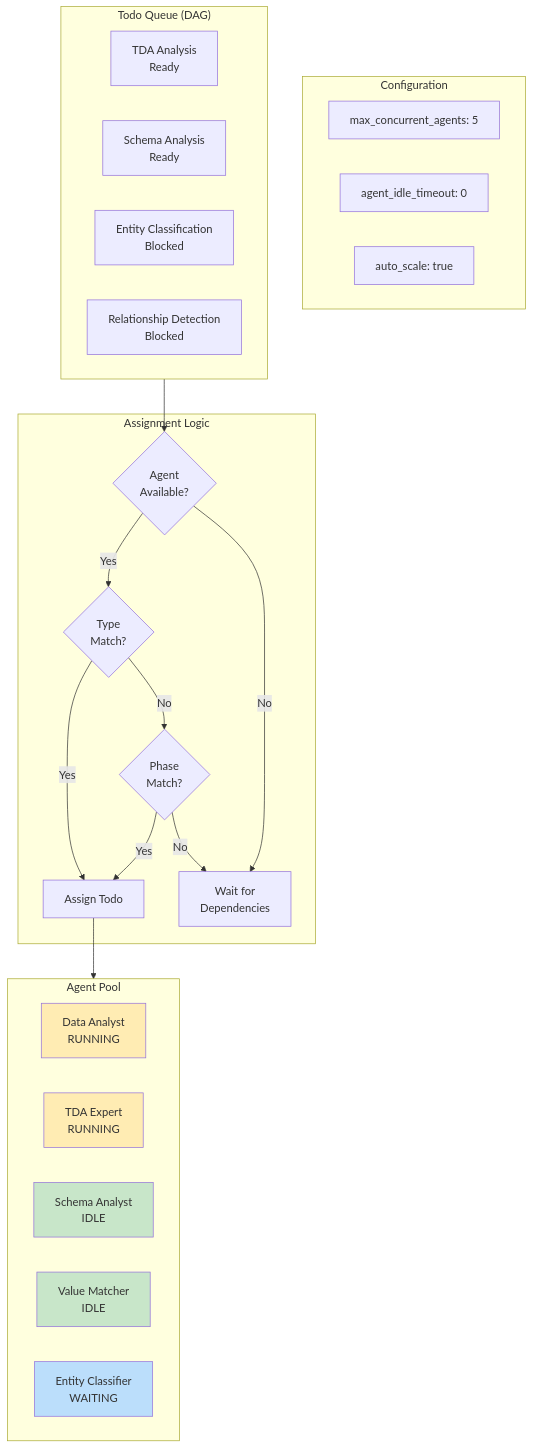
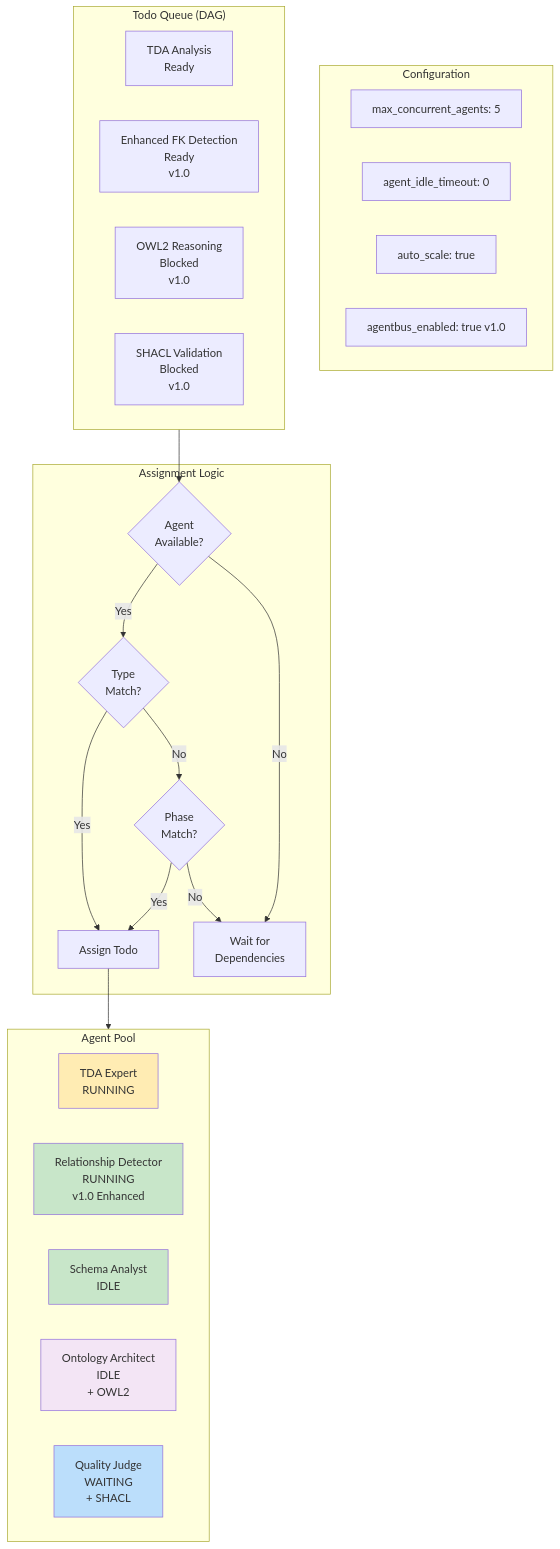
One commit to sabill123/ontology changed the fifth of 12 diagrams in docs/diagrams/05-agent-orchestration.md. Above: the diagram before and after it, drawn with Mermaid. The commit also changed other lines of this file and 176 other files, not shown here.

````diff
--- a/docs/diagrams/05-agent-orchestration.md
+++ b/docs/diagrams/05-agent-orchestration.md
@@ -179,47 +201,48 @@
 ```mermaid
 flowchart TB
     subgraph CONFIG["Configuration"]
         C1["max_concurrent_agents: 5"]
         C2["agent_idle_timeout: 0"]
         C3["auto_scale: true"]
+        C4["agentbus_enabled: true v1.0"]
     end
 
     subgraph POOL["Agent Pool"]
         direction LR
-        A1[Data Analyst<br/>RUNNING]
-        A2[TDA Expert<br/>RUNNING]
+        A1[TDA Expert<br/>RUNNING]
+        A2[Relationship Detector<br/>RUNNING<br/>v1.0 Enhanced]
         A3[Schema Analyst<br/>IDLE]
-        A4[Value Matcher<br/>IDLE]
-        A5[Entity Classifier<br/>WAITING]
+        A4[Ontology Architect<br/>IDLE<br/>+ OWL2]
+        A5[Quality Judge<br/>WAITING<br/>+ SHACL]
     end
 
     subgraph QUEUE["Todo Queue (DAG)"]
         Q1[TDA Analysis<br/>Ready]
-        Q2[Schema Analysis<br/>Ready]
-        Q3[Entity Classification<br/>Blocked]
-        Q4[Relationship Detection<br/>Blocked]
+        Q2[Enhanced FK Detection<br/>Ready<br/>v1.0]
+        Q3[OWL2 Reasoning<br/>Blocked<br/>v1.0]
+        Q4[SHACL Validation<br/>Blocked<br/>v1.0]
     end
 
     subgraph ASSIGN["Assignment Logic"]
         AS1{Agent<br/>Available?}
         AS2{Type<br/>Match?}
         AS3{Phase<br/>Match?}
         AS4[Assign Todo]
         AS5[Wait for<br/>Dependencies]
     end
 
     QUEUE --> AS1
     AS1 -->|Yes| AS2
     AS1 -->|No| AS5
     AS2 -->|Yes| AS4
     AS2 -->|No| AS3
     AS3 -->|Yes| AS4
     AS3 -->|No| AS5
     AS4 --> POOL
 
     style A1 fill:#ffecb3
-    style A2 fill:#ffecb3
+    style A2 fill:#c8e6c9
     style A3 fill:#c8e6c9
-    style A4 fill:#c8e6c9
+    style A4 fill:#f3e5f5
     style A5 fill:#bbdefb
 ```
````
